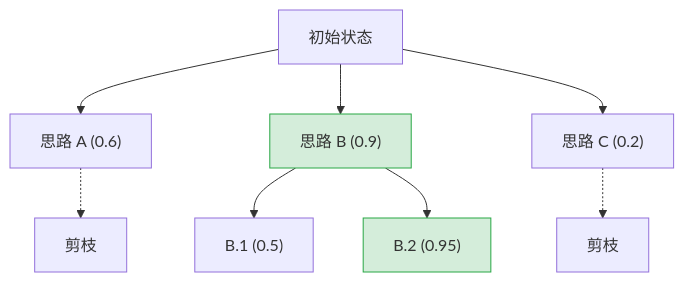
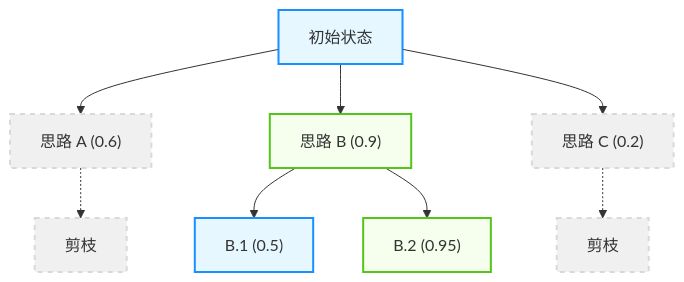
Before and after one commit to yeasy/agentic_ai_guide: the diagram in 02_reasoning/2.2_decomposition.md, drawn with Mermaid. The commit also changed 36 other files, not shown here.

````diff
--- a/02_reasoning/2.2_decomposition.md
+++ b/02_reasoning/2.2_decomposition.md
@@ -31,15 +31,22 @@
 ```mermaid
 graph TD
+    %% Agentic Design System
+    classDef agent fill:#e6f7ff,stroke:#1890ff,stroke-width:2px;
+    classDef good fill:#f6ffed,stroke:#52c41a,stroke-width:2px;
+    classDef pruned fill:#f0f0f0,stroke:#d9d9d9,stroke-width:2px,stroke-dasharray: 5 5;
+
     Root["初始状态"] --> N1["思路 A (0.6)"]
     Root --> N2["思路 B (0.9)"]
     Root --> N3["思路 C (0.2)"]
     
     N2 --> N2a["B.1 (0.5)"]
     N2 --> N2b["B.2 (0.95)"]
     
     N1 -.-> DeadEnd1["剪枝"]
     N3 -.-> DeadEnd2["剪枝"]
     
-    style N2 fill:#d4edda,stroke:#28a745
-    style N2b fill:#d4edda,stroke:#28a745
+    class Root agent;
+    class N2,N2b good;
+    class N1,N3,DeadEnd1,DeadEnd2 pruned;
+    class N2a agent;
 ```
````
